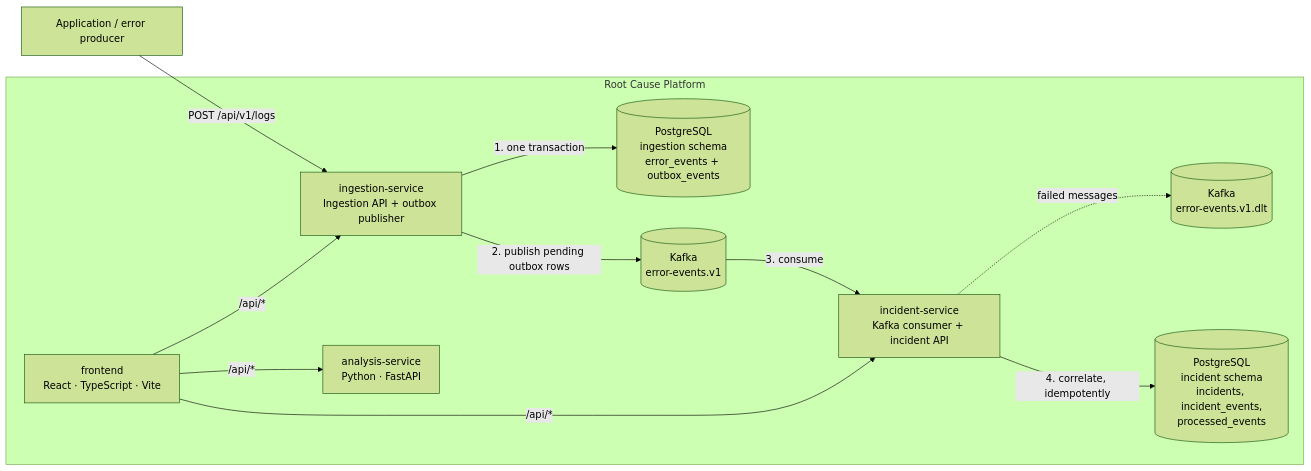
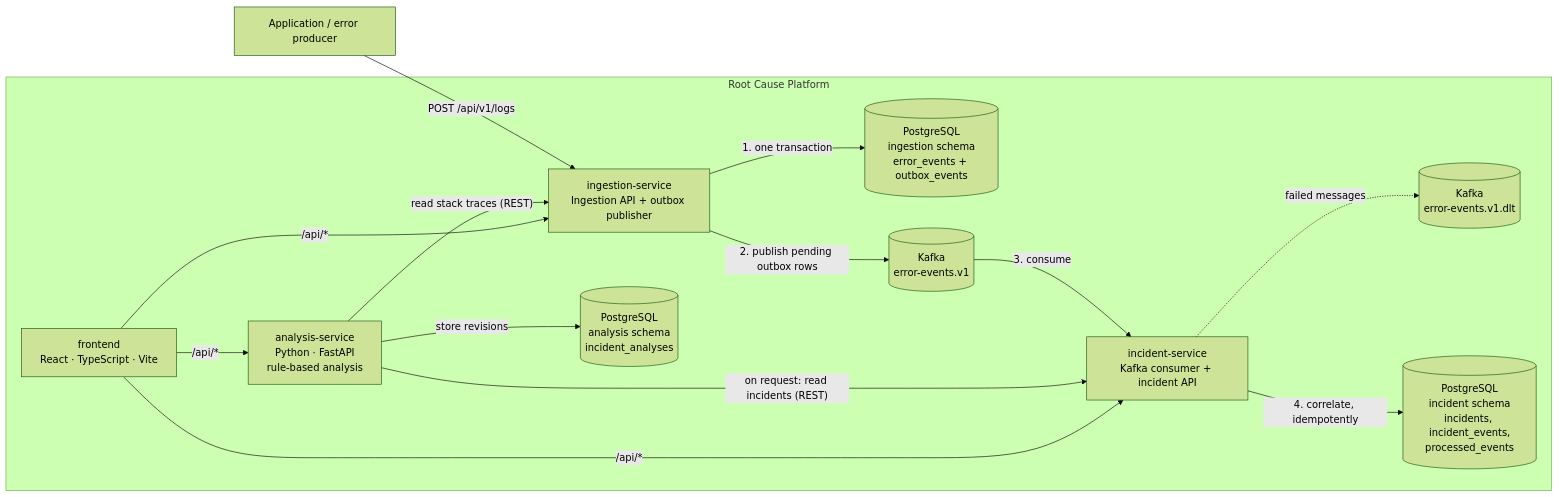
One commit to rciripireddy/ai-software-debugging-root-cause-platform changed the diagram in docs/architecture.md. Above: the diagram before and after it, drawn with Mermaid (forest theme). The commit also changed other lines of this file and 67 other files, not shown here.

````diff
--- a/docs/architecture.md
+++ b/docs/architecture.md
@@ -7,22 +7,26 @@
 ```mermaid
 flowchart LR
     apps["Application / error producer"] -->|"POST /api/v1/logs"| ingestion
     subgraph platform["Root Cause Platform"]
         ingestion["ingestion-service<br/>Ingestion API + outbox publisher"]
         ingestdb[("PostgreSQL<br/>ingestion schema<br/>error_events + outbox_events")]
         kafka[("Kafka<br/>error-events.v1")]
         dlt[("Kafka<br/>error-events.v1.dlt")]
         incident["incident-service<br/>Kafka consumer + incident API"]
         incidentdb[("PostgreSQL<br/>incident schema<br/>incidents, incident_events,<br/>processed_events")]
-        analysis["analysis-service<br/>Python · FastAPI"]
+        analysis["analysis-service<br/>Python · FastAPI<br/>rule-based analysis"]
+        analysisdb[("PostgreSQL<br/>analysis schema<br/>incident_analyses")]
         ui["frontend<br/>React · TypeScript · Vite"]
     end
     ingestion -->|"1. one transaction"| ingestdb
     ingestion -->|"2. publish pending outbox rows"| kafka
     kafka -->|"3. consume"| incident
     incident -->|"4. correlate, idempotently"| incidentdb
     incident -.->|"failed messages"| dlt
+    analysis -->|"on request: read incidents (REST)"| incident
+    analysis -->|"read stack traces (REST)"| ingestion
+    analysis -->|"store revisions"| analysisdb
     ui -->|"/api/*"| ingestion
     ui -->|"/api/*"| incident
     ui -->|"/api/*"| analysis
 ```
````
